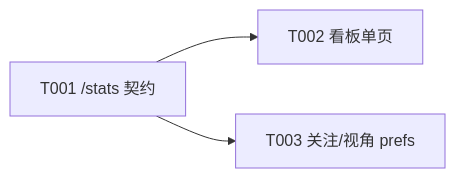
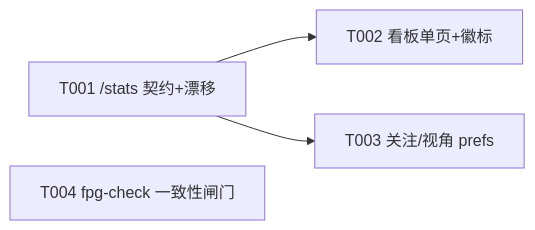
The diagram in docs/iteration/epics/E002-metrics-refinement/sprints/S002-dashboard-drilldown/plan.md (zlphoenix/fullstack-project-generator), drawn with Mermaid before and after one commit. The commit also changed other lines of this file and 4 other files, not shown here.

````diff
--- a/docs/iteration/epics/E002-metrics-refinement/sprints/S002-dashboard-drilldown/plan.md
+++ b/docs/iteration/epics/E002-metrics-refinement/sprints/S002-dashboard-drilldown/plan.md
@@ -38,5 +40,6 @@
 ```mermaid
 graph LR
-  T001[T001 /stats 契约] --> T002[T002 看板单页]
+  T001[T001 /stats 契约+漂移] --> T002[T002 看板单页+徽标]
   T001 --> T003[T003 关注/视角 prefs]
+  T004[T004 fpg-check 一致性闸门]
 ```
````
